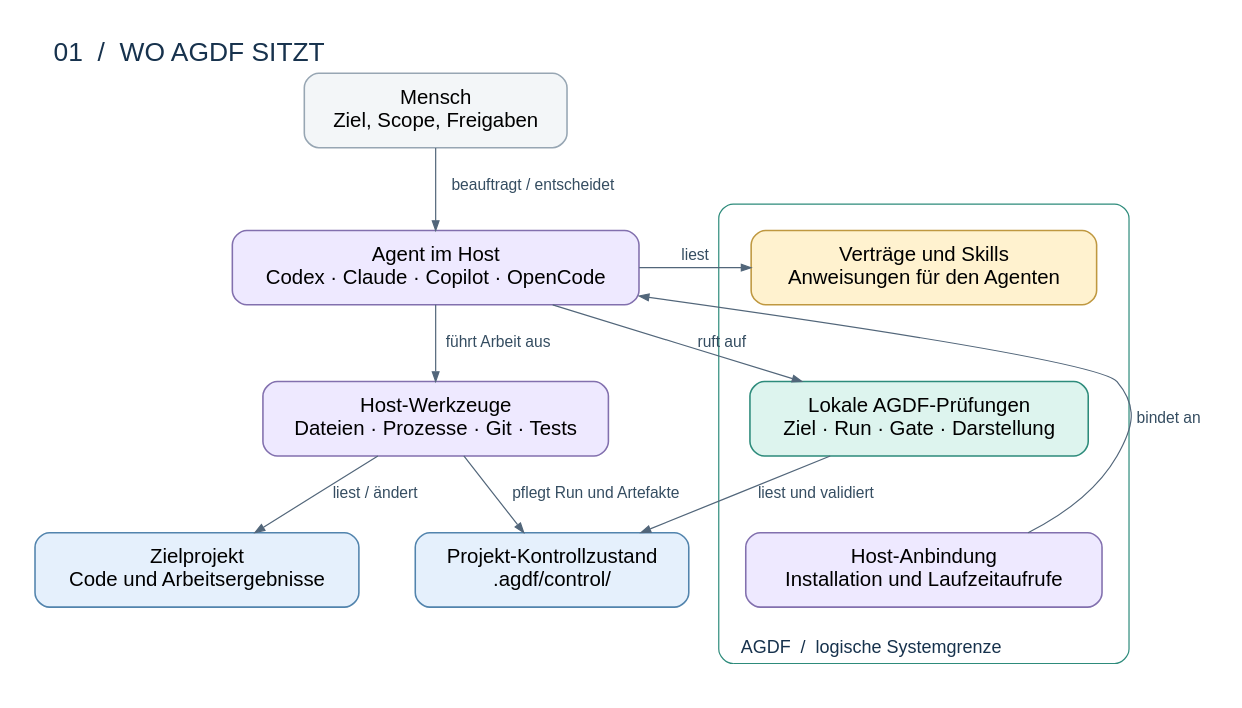
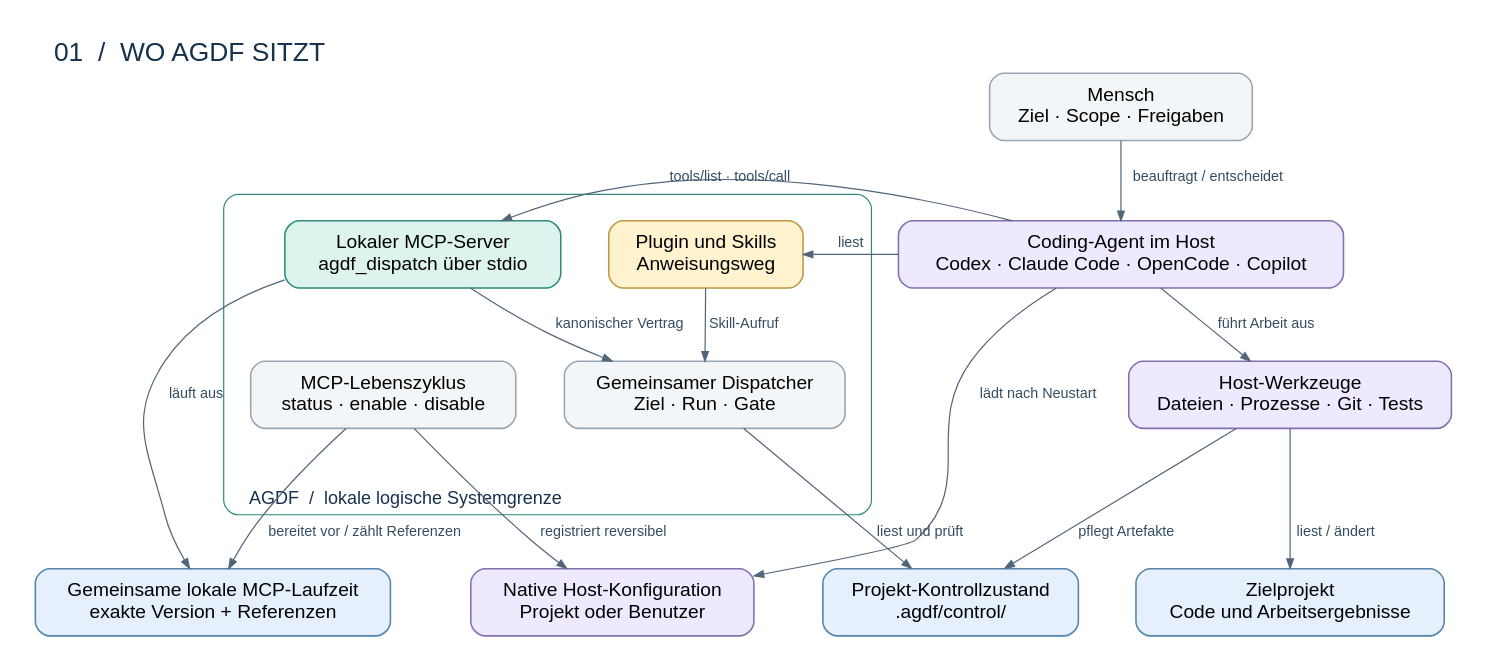
Before and after one commit to ArndtGold/ai-native-governance-delivery-framework: the diagram in docs/architecture/diagrams/01-context.dot, drawn with Graphviz. The commit also changed 16 other files, not shown here.

First line of the commit message:
docs: update AGDF architecture documentation and lifecycle diagrams

```diff
--- a/docs/architecture/diagrams/01-context.dot
+++ b/docs/architecture/diagrams/01-context.dot
@@ -1,29 +1,40 @@
 digraph context {
-  graph [rankdir=TB, newrank=true, bgcolor="white", pad=0.3, nodesep=0.65, ranksep=0.7, fontname="Helvetica", label="01  /  WO AGDF SITZT", labelloc=t, labeljust=l, fontsize=22, fontcolor="#17324D"];
-  node [shape=box, style="rounded,filled", color="#97A6B3", fillcolor="#F3F6F8", fontname="Helvetica", fontsize=17, margin="0.22,0.16", penwidth=1.3];
-  edge [color="#52667A", arrowsize=0.8, fontname="Helvetica", fontsize=13, fontcolor="#354D61"];
-  human [label="Mensch\nZiel, Scope, Freigaben"];
-  host [label="Agent im Host\nCodex · Claude · Copilot · OpenCode", fillcolor="#EEE9FF", color="#8270AE"];
+  graph [rankdir=TB, newrank=true, bgcolor="white", pad=0.3, nodesep=0.55, ranksep=0.65, fontname="Helvetica", label="01  /  WO AGDF SITZT", labelloc=t, labeljust=l, fontsize=22, fontcolor="#17324D"];
+  node [shape=box, style="rounded,filled", color="#97A6B3", fillcolor="#F3F6F8", fontname="Helvetica", fontsize=16, margin="0.20,0.14", penwidth=1.3];
+  edge [color="#52667A", arrowsize=0.8, fontname="Helvetica", fontsize=12, fontcolor="#354D61"];
+
+  human [label="Mensch\nZiel · Scope · Freigaben"];
+  host [label="Coding-Agent im Host\nCodex · Claude Code · OpenCode · Copilot", fillcolor="#EEE9FF", color="#8270AE"];
+
   subgraph cluster_agdf {
-    label="AGDF  /  logische Systemgrenze"; labelloc=b; fontsize=15; color="#2D8B7B"; style=rounded; margin=22;
-    skills [label="Verträge und Skills\nAnweisungen für den Agenten", fillcolor="#FFF2CF", color="#BF9840"];
-    checks [label="Lokale AGDF-Prüfungen\nZiel · Run · Gate · Darstellung", fillcolor="#DDF4EE", color="#2D8B7B"];
-    adapter [label="Host-Anbindung\nInstallation und Laufzeitaufrufe", fillcolor="#EEE9FF", color="#8270AE"];
-    skills -> checks [style=invis];
-    checks -> adapter [style=invis];
+    label="AGDF  /  lokale logische Systemgrenze"; labelloc=b; fontsize=15; color="#2D8B7B"; style=rounded; margin=22;
+    guidance [label="Plugin und Skills\nAnweisungsweg", fillcolor="#FFF2CF", color="#BF9840"];
+    mcp [label="Lokaler MCP-Server\nagdf_dispatch über stdio", fillcolor="#DDF4EE", color="#2D8B7B"];
+    dispatch [label="Gemeinsamer Dispatcher\nZiel · Run · Gate"];
+    lifecycle [label="MCP-Lebenszyklus\nstatus · enable · disable"];
   }
+
+  config [label="Native Host-Konfiguration\nProjekt oder Benutzer", fillcolor="#EEE9FF", color="#8270AE"];
+  runtime [label="Gemeinsame lokale MCP-Laufzeit\nexakte Version + Referenzen", fillcolor="#E5F0FC", color="#5284AD"];
   tools [label="Host-Werkzeuge\nDateien · Prozesse · Git · Tests", fillcolor="#EEE9FF", color="#8270AE"];
   code [label="Zielprojekt\nCode und Arbeitsergebnisse", fillcolor="#E5F0FC", color="#5284AD"];
   state [label="Projekt-Kontrollzustand\n.agdf/control/", fillcolor="#E5F0FC", color="#5284AD"];
+
   human -> host [label="beauftragt / entscheidet"];
-  host -> skills [label="liest"];
-  host -> checks [label="ruft auf"];
-  adapter -> host [label="bindet an", constraint=false];
+  host -> guidance [label="liest"];
+  host -> mcp [label="tools/list · tools/call"];
+  guidance -> dispatch [label="Skill-Aufruf"];
+  mcp -> dispatch [label="kanonischer Vertrag"];
+  dispatch -> state [label="liest und prüft"];
   host -> tools [label="führt Arbeit aus"];
   tools -> code [label="liest / ändert"];
-  tools -> state [label="pflegt Run und Artefakte"];
-  checks -> state [label="liest und validiert"];
-  {rank=same; host; skills;}
-  {rank=same; tools; checks;}
-  {rank=same; code; state; adapter;}
+  tools -> state [label="pflegt Artefakte"];
+  lifecycle -> config [label="registriert reversibel"];
+  lifecycle -> runtime [label="bereitet vor / zählt Referenzen"];
+  host -> config [label="lädt nach Neustart"];
+  mcp -> runtime [label="läuft aus"];
+
+  {rank=same; host; guidance; mcp;}
+  {rank=same; tools; dispatch; lifecycle;}
+  {rank=same; code; state; config; runtime;}
 }
```
